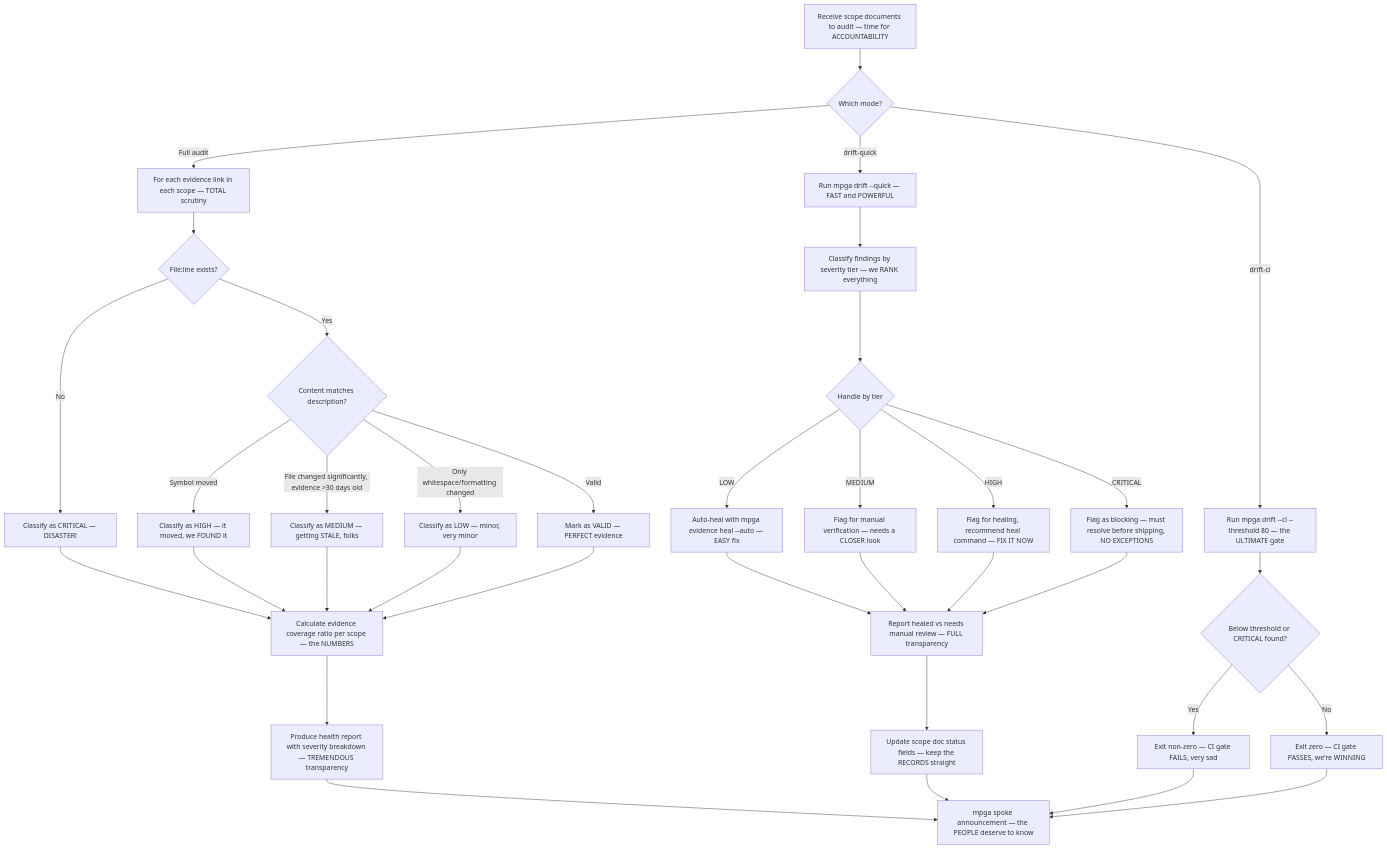
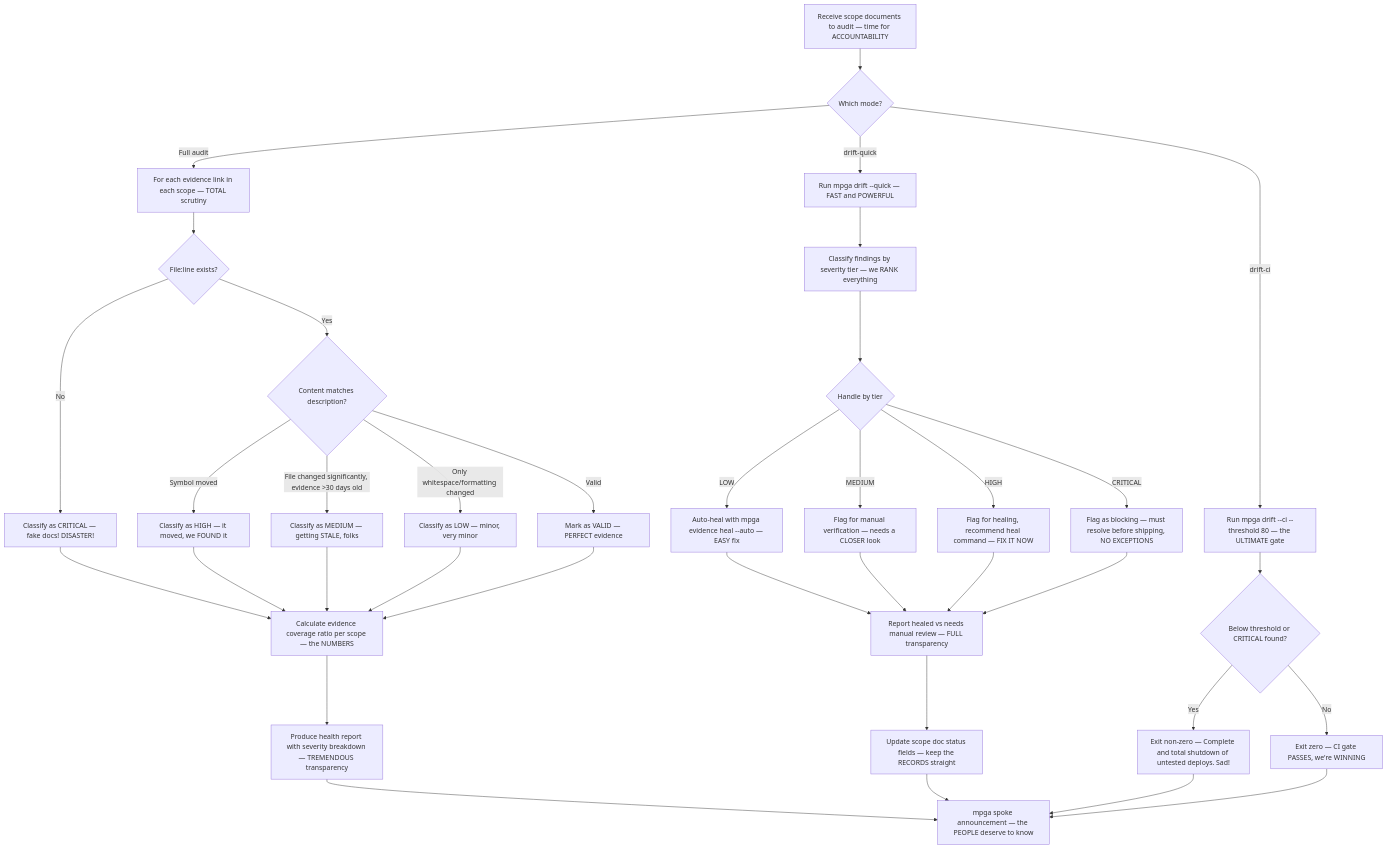
Before and after one commit to benrben/MPGA: the diagram in docs/diagrams/agents/auditor.md, drawn with Mermaid. The commit also changed other lines of this file and 80 other files, not shown here.

````diff
--- a/docs/diagrams/agents/auditor.md
+++ b/docs/diagrams/agents/auditor.md
@@ -5,38 +5,38 @@
 ```mermaid
 flowchart TD
     A[Receive scope documents to audit — time for ACCOUNTABILITY] --> B{Which mode?}
     B -->|Full audit| C[For each evidence link in each scope — TOTAL scrutiny]
     B -->|drift-quick| D[Run mpga drift --quick — FAST and POWERFUL]
     B -->|drift-ci| E[Run mpga drift --ci --threshold 80 — the ULTIMATE gate]
     C --> F{File:line exists?}
-    F -->|No| G["Classify as CRITICAL — DISASTER!"]
+    F -->|No| G["Classify as CRITICAL — fake docs! DISASTER!"]
     F -->|Yes| H{Content matches description?}
     H -->|Symbol moved| I["Classify as HIGH — it moved, we FOUND it"]
     H -->|File changed significantly, evidence >30 days old| J["Classify as MEDIUM — getting STALE, folks"]
     H -->|Only whitespace/formatting changed| K["Classify as LOW — minor, very minor"]
     H -->|Valid| L["Mark as VALID — PERFECT evidence"]
     G --> M[Calculate evidence coverage ratio per scope — the NUMBERS]
     I --> M
     J --> M
     K --> M
     L --> M
     M --> N[Produce health report with severity breakdown — TREMENDOUS transparency]
     D --> O[Classify findings by severity tier — we RANK everything]
     O --> P{Handle by tier}
     P -->|LOW| Q[Auto-heal with mpga evidence heal --auto — EASY fix]
     P -->|MEDIUM| R[Flag for manual verification — needs a CLOSER look]
     P -->|HIGH| S[Flag for healing, recommend heal command — FIX IT NOW]
     P -->|CRITICAL| T[Flag as blocking — must resolve before shipping, NO EXCEPTIONS]
     Q --> U[Report healed vs needs manual review — FULL transparency]
     R --> U
     S --> U
     T --> U
     U --> V[Update scope doc status fields — keep the RECORDS straight]
     E --> W{Below threshold or CRITICAL found?}
-    W -->|Yes| X[Exit non-zero — CI gate FAILS, very sad]
+    W -->|Yes| X[Exit non-zero — Complete and total shutdown of untested deploys. Sad!]
     W -->|No| Y[Exit zero — CI gate PASSES, we're WINNING]
     N --> Z[mpga spoke announcement — the PEOPLE deserve to know]
     V --> Z
     X --> Z
     Y --> Z
 ```
````
